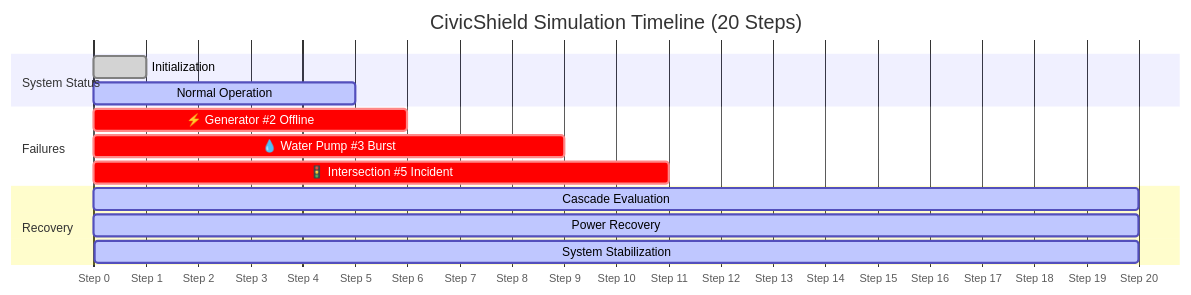
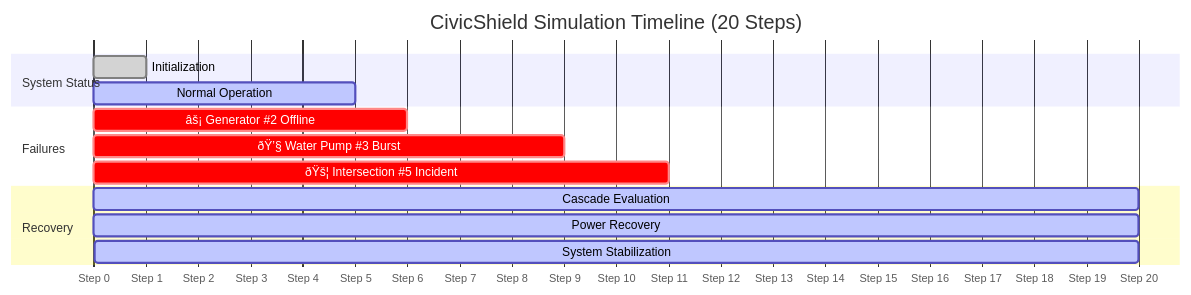
One commit to ABDESSAMAD-BOURKIBATE/CivicShield changed the fifth of 5 diagrams in README.md. Above: the diagram before and after it, drawn with Mermaid. The commit also changed other lines of this file, not shown here.

````diff
--- a/README.md
+++ b/README.md
@@ -542,20 +542,20 @@
 ```mermaid
 gantt
     title CivicShield Simulation Timeline (20 Steps)
     dateFormat X
     axisFormat Step %s
 
     section System Status
     Initialization              :done, 0, 1
     Normal Operation            :active, 1, 5
 
     section Failures
-    ⚡ Generator #2 Offline     :crit, 5, 6
-    💧 Water Pump #3 Burst      :crit, 8, 9
-    🚦 Intersection #5 Incident :crit, 10, 11
+    âš¡ Generator #2 Offline     :crit, 5, 6
+    ðŸ’§ Water Pump #3 Burst      :crit, 8, 9
+    ðŸš¦ Intersection #5 Incident :crit, 10, 11
 
     section Recovery
     Cascade Evaluation          :active, 5, 20
     Power Recovery              :active, 6, 20
     System Stabilization        :active, 11, 20
 ```
````
